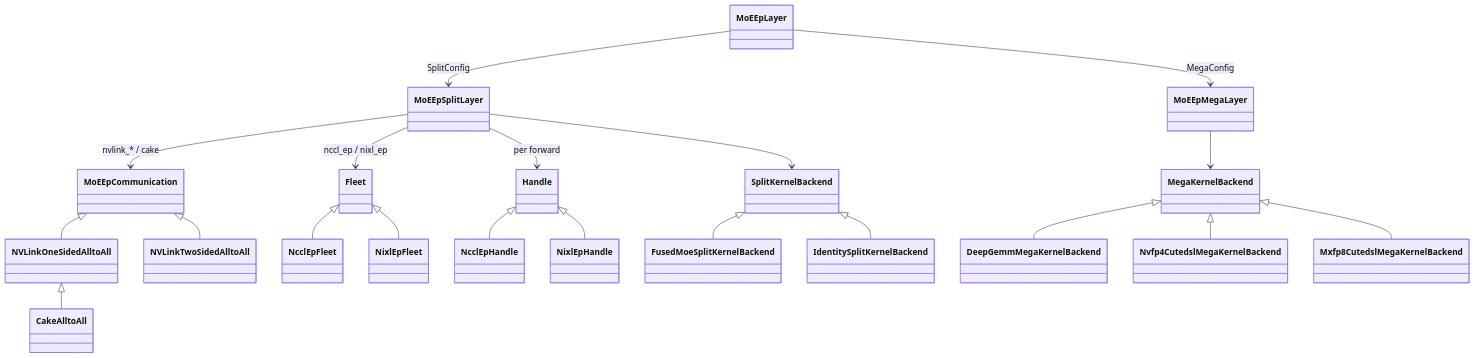
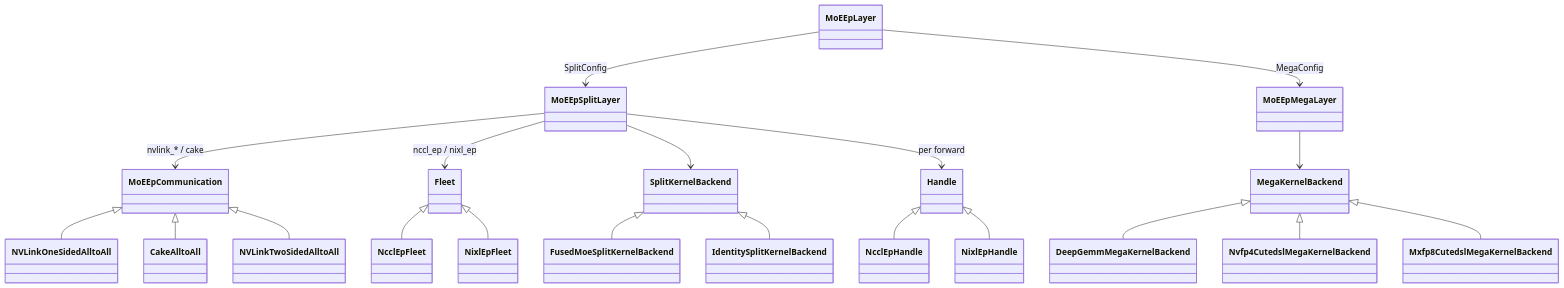
The second of 4 diagrams in docs/design_docs/moe_ep_architecture.md (flashinfer-ai/flashinfer), drawn with Mermaid before and after one commit. The commit also changed other lines of this file and 10 other files, not shown here.

First line of the commit message:
feat(moe_ep): run NVLinkOneSidedAlltoAll on its own kernels with CFT counted writes

````diff
--- a/docs/design_docs/moe_ep_architecture.md
+++ b/docs/design_docs/moe_ep_architecture.md
@@ -348,29 +348,29 @@
 ```mermaid
 classDiagram
     direction TB
 
     MoEEpLayer --> MoEEpSplitLayer : SplitConfig
     MoEEpLayer --> MoEEpMegaLayer : MegaConfig
 
     MoEEpSplitLayer --> MoEEpCommunication : nvlink_* / cake
     MoEEpSplitLayer --> Fleet : nccl_ep / nixl_ep
     MoEEpSplitLayer --> SplitKernelBackend
     MoEEpSplitLayer --> Handle : per forward
 
     MoEEpCommunication <|-- NVLinkOneSidedAlltoAll
-    NVLinkOneSidedAlltoAll <|-- CakeAlltoAll
+    MoEEpCommunication <|-- CakeAlltoAll
     MoEEpCommunication <|-- NVLinkTwoSidedAlltoAll
 
     MoEEpMegaLayer --> MegaKernelBackend
 
     Fleet <|-- NcclEpFleet
     Fleet <|-- NixlEpFleet
     Handle <|-- NcclEpHandle
     Handle <|-- NixlEpHandle
 
     SplitKernelBackend <|-- FusedMoeSplitKernelBackend
     SplitKernelBackend <|-- IdentitySplitKernelBackend
     MegaKernelBackend <|-- DeepGemmMegaKernelBackend
     MegaKernelBackend <|-- Nvfp4CutedslMegaKernelBackend
     MegaKernelBackend <|-- Mxfp8CutedslMegaKernelBackend
 ```
````
